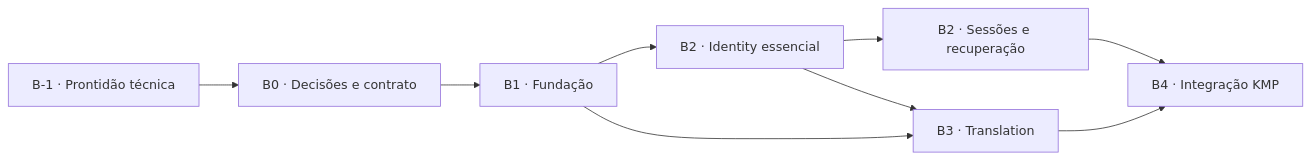
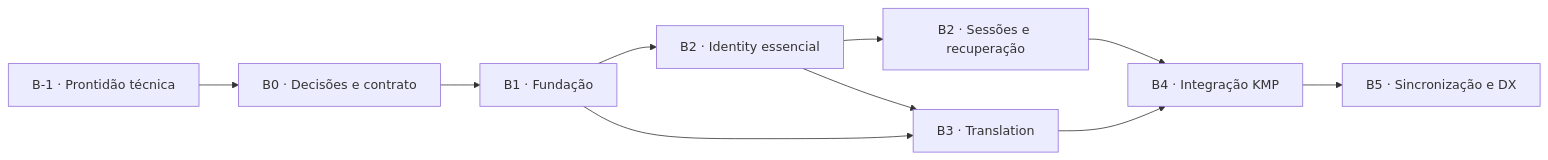
Before and after one commit to Drufontael/mykytadu-api: the first of 2 diagrams in docs/roadmap.md, drawn with Mermaid. The commit also changed other lines of this file and 1 other file, not shown here.

Commit message:
:memo: docs(B5.1): formalizar sprint b5.1 no roadmap e registro de evolucao

````diff
--- a/docs/roadmap.md
+++ b/docs/roadmap.md
@@ -26,11 +26,12 @@
 ```mermaid
 flowchart LR
     BM1["B-1 · Prontidão técnica"] --> B0["B0 · Decisões e contrato"]
     B0 --> B1["B1 · Fundação"]
     B1 --> B2A["B2 · Identity essencial"]
     B2A --> B2B["B2 · Sessões e recuperação"]
     B1 --> B3["B3 · Translation"]
     B2A --> B3
     B2B --> B4["B4 · Integração KMP"]
     B3 --> B4
+    B4 --> B5["B5 · Sincronização e DX"]
 ```
````
